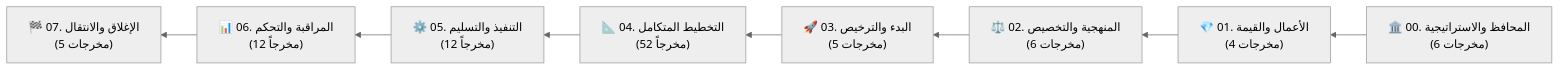
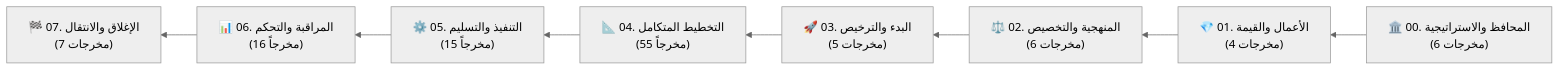
The first of 2 diagrams in README_AR.md (fakhruldeen/Tasleemat), drawn with Mermaid (neutral theme) before and after one commit. The commit also changed other lines of this file and 48 other files, not shown here.

````diff
--- a/README_AR.md
+++ b/README_AR.md
@@ -104,10 +104,10 @@
 ```mermaid
 flowchart RL
     P0["🏛️ 00. المحافظ والاستراتيجية<br/>(6 مخرجات)"] --> P1["💎 01. الأعمال والقيمة<br/>(4 مخرجات)"]
     P1 --> P2["⚖️ 02. المنهجية والتخصيص<br/>(6 مخرجات)"]
     P2 --> P3["🚀 03. البدء والترخيص<br/>(5 مخرجات)"]
-    P3 --> P4["📐 04. التخطيط المتكامل<br/>(52 مخرجاً)"]
-    P4 --> P5["⚙️ 05. التنفيذ والتسليم<br/>(12 مخرجاً)"]
-    P5 --> P6["📊 06. المراقبة والتحكم<br/>(12 مخرجاً)"]
-    P6 --> P7["🏁 07. الإغلاق والانتقال<br/>(5 مخرجات)"]
+    P3 --> P4["📐 04. التخطيط المتكامل<br/>(55 مخرجاً)"]
+    P4 --> P5["⚙️ 05. التنفيذ والتسليم<br/>(15 مخرجاً)"]
+    P5 --> P6["📊 06. المراقبة والتحكم<br/>(16 مخرجاً)"]
+    P6 --> P7["🏁 07. الإغلاق والانتقال<br/>(7 مخرجات)"]
 ```
````
